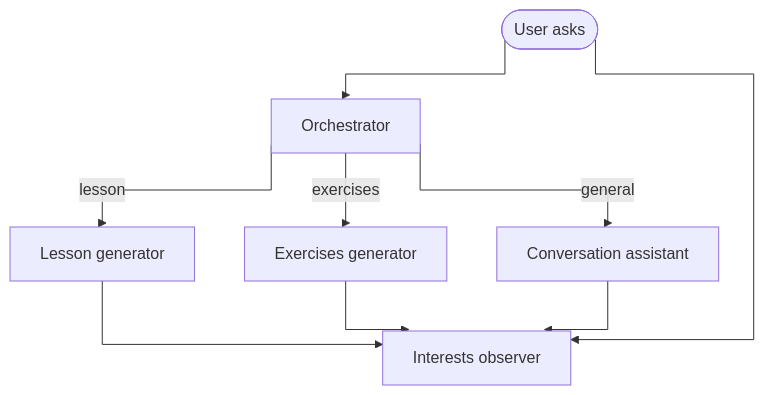
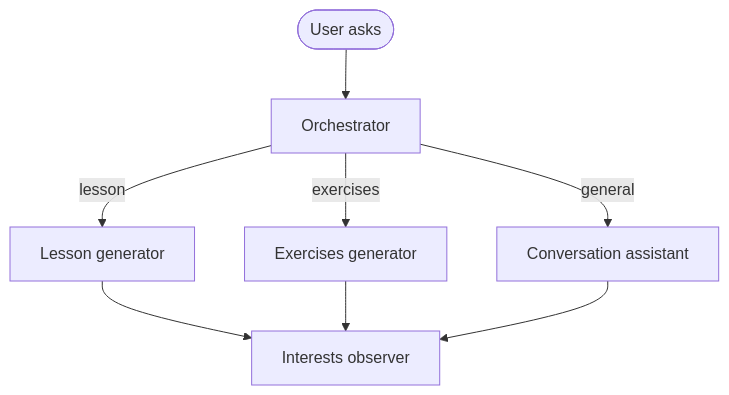
The diagram in README.md (patopitaluga/gio-system), drawn with Mermaid before and after one commit.

Commit message:
Updated diagram

````diff
--- a/README.md
+++ b/README.md
@@ -186,23 +186,17 @@
 ```mermaid
----
-config:
-  flowchart:
-    curve: stepBefore
----
 flowchart TD
   User([User asks])
   Orch[Orchestrator]
   Lesson[Lesson generator]
   Exercises[Exercises generator]
   Conversation[Conversation assistant]
   Interests[Interests observer]
 
   User --> Orch
   Orch -->|lesson| Lesson
   Orch -->|exercises| Exercises
   Orch -->|general| Conversation
   Lesson --> Interests
   Exercises --> Interests
   Conversation --> Interests
-  User --> Interests
 ```
````
